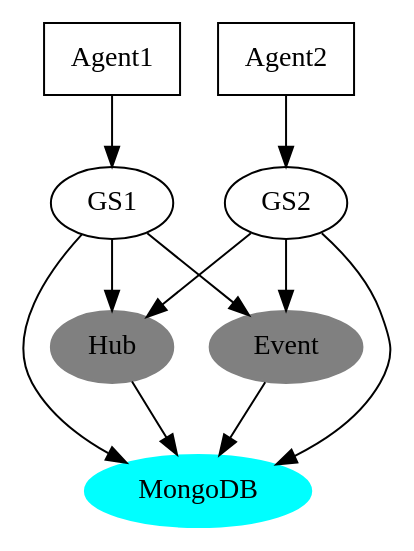
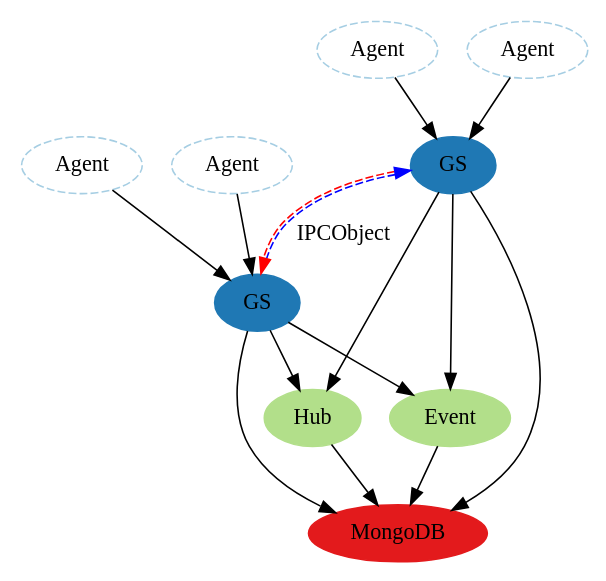
One commit to xtaci/gonet changed the diagram in arch.dot. Above: the diagram before and after it, drawn with Graphviz.

```diff
--- a/arch.dot
+++ b/arch.dot
@@ -1,18 +1,21 @@
 digraph G {
-	size ="4,4";
-	Agent1 [shape=box];
-	Agent2 [shape=box];
+	size = "4,4";node [colorscheme=paired12];
+
+	Agent1,Agent2,Agent3,Agent4 [label=Agent style=dashed color=1];
 	Agent1->GS1;
-	Agent2->GS2;
-	Hub [style=filled,color=gray];
-	Event [style=filled,color=gray];
-	MongoDB [style=filled,color=cyan];
+	Agent2->GS1;
+	Agent3->GS2;
+	Agent4->GS2;
+	GS1,GS2 [label=GS style=filled color=2];
+	Event, Hub [style=filled color=3];
 	GS1->Hub;
 	GS2->Hub;
 	GS1->Event;
-	GS2->Event;
-	Hub->MongoDB
-	Event->MongoDB
-	GS1->MongoDB
-	GS2->MongoDB
+	GS2->Event; 
+	GS1->GS2 [dir=both label=IPCObject style=dashed color="red:blue"];
+	MongoDB [style=filled color=6];
+	Hub->MongoDB;
+	Event->MongoDB;
+	GS1->MongoDB;
+	GS2->MongoDB;
 }
```
